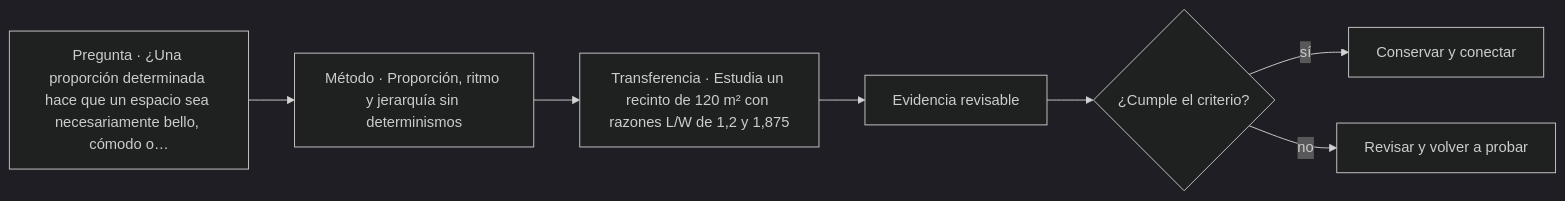
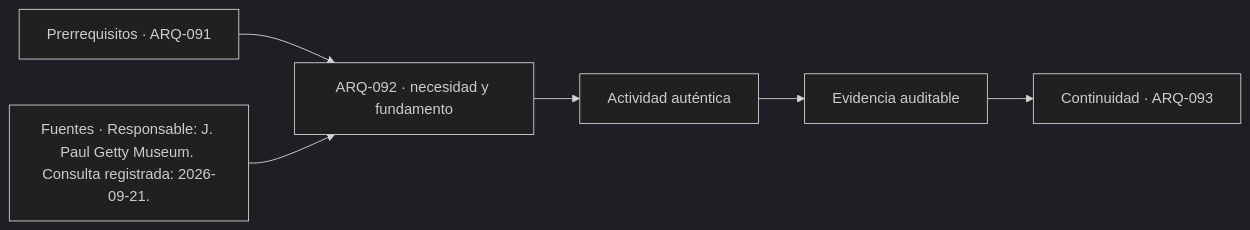
One commit to vladimiracunadev-create/architecture-built-environment-learning-program changed the diagram in classes/parte-10/ARQ-092.md. Above: the diagram before and after it, drawn with Mermaid (dark theme). The commit also changed other lines of this file and 761 other files, not shown here.

````diff
--- a/classes/parte-10/ARQ-092.md
+++ b/classes/parte-10/ARQ-092.md
@@ -129,9 +141,8 @@
 ```mermaid
 flowchart LR
-    Q["Pregunta · ¿Una proporción determinada hace que un espacio sea necesariamente bello, cómodo o…"] --> M["Método · Proporción, ritmo y jerarquía sin determinismos"]
-    M --> P["Transferencia · Estudia un recinto de 120 m² con razones L/W de 1,2 y 1,875"]
-    P --> E["Evidencia revisable"]
-    E --> C{"¿Cumple el criterio?"}
-    C -->|sí| T["Conservar y conectar"]
-    C -->|no| R["Revisar y volver a probar"]
+    A["Prerrequisitos · ARQ-091"] --> B["ARQ-092 · necesidad y fundamento"]
+    S["Fuentes · Responsable: J. Paul Getty Museum. Consulta registrada: 2026-09-21."] --> B
+    B --> C["Actividad auténtica"]
+    C --> D["Evidencia auditable"]
+    D --> E["Continuidad · ARQ-093"]
 ```
````
